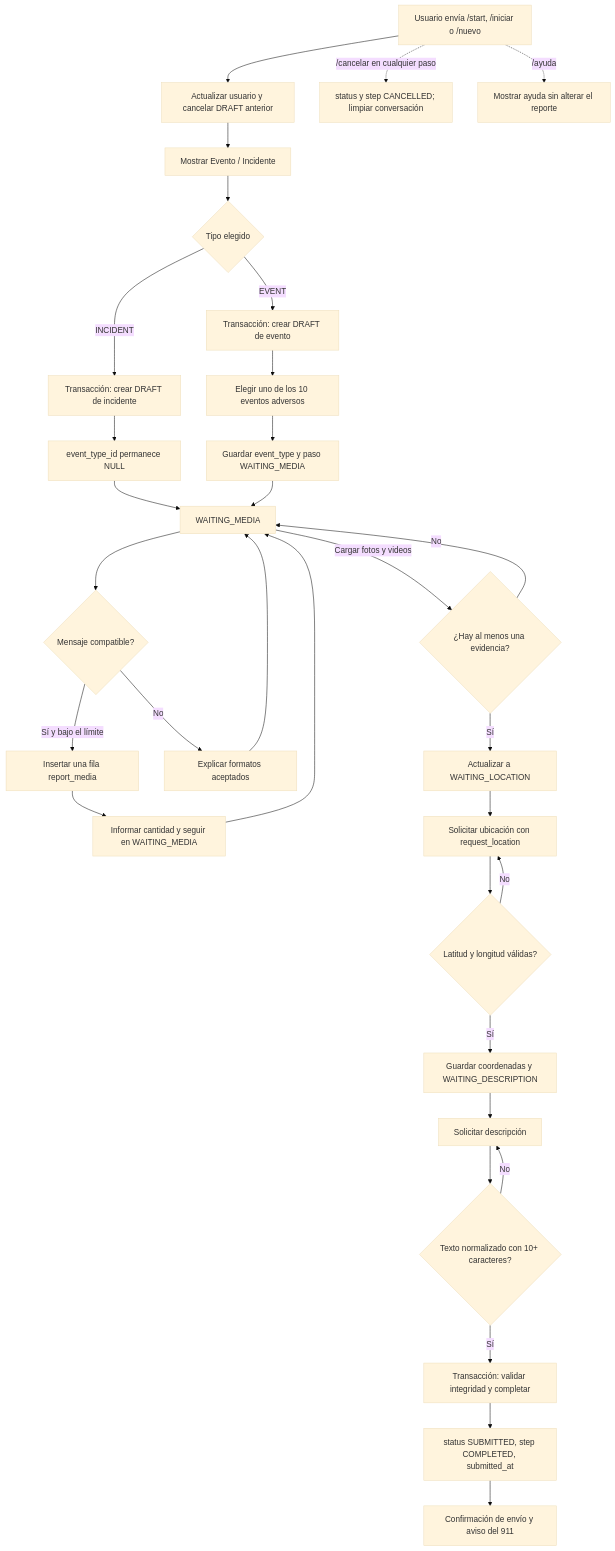
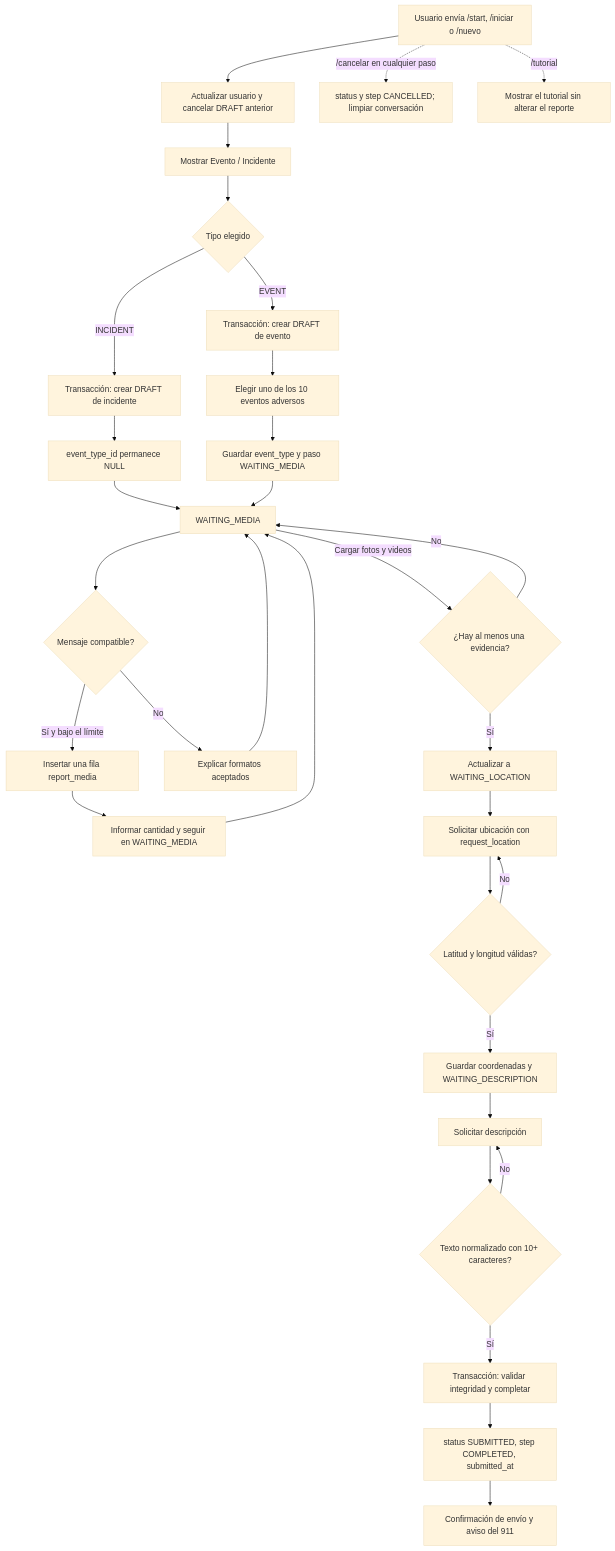
One commit to jhquihuiri7/galapagos_previene changed the first of 2 diagrams in README.md. Above: the diagram before and after it, drawn with Mermaid (base theme). The commit also changed other lines of this file and 337 other files, not shown here.

````diff
--- a/README.md
+++ b/README.md
@@ -91,34 +91,34 @@
 ```mermaid
 flowchart TD
     A[Usuario envía /start, /iniciar o /nuevo] --> A1[Actualizar usuario y cancelar DRAFT anterior]
     A1 --> B[Mostrar Evento / Incidente]
     B --> C{Tipo elegido}
     C -->|EVENT| D[Transacción: crear DRAFT de evento]
     C -->|INCIDENT| E[Transacción: crear DRAFT de incidente]
     D --> F[Elegir uno de los 10 eventos adversos]
     F --> G[Guardar event_type y paso WAITING_MEDIA]
     E --> H[event_type_id permanece NULL]
     H --> I[WAITING_MEDIA]
     G --> I
     I --> J{Mensaje compatible?}
     J -->|Sí y bajo el límite| K[Insertar una fila report_media]
     K --> L[Informar cantidad y seguir en WAITING_MEDIA]
     L --> I
     J -->|No| M[Explicar formatos aceptados]
     M --> I
     I -->|Cargar fotos y videos| N{¿Hay al menos una evidencia?}
     N -->|No| I
     N -->|Sí| O[Actualizar a WAITING_LOCATION]
     O --> P[Solicitar ubicación con request_location]
     P --> Q{Latitud y longitud válidas?}
     Q -->|No| P
     Q -->|Sí| R[Guardar coordenadas y WAITING_DESCRIPTION]
     R --> S[Solicitar descripción]
     S --> T{Texto normalizado con 10+ caracteres?}
     T -->|No| S
     T -->|Sí| U[Transacción: validar integridad y completar]
     U --> V[status SUBMITTED, step COMPLETED, submitted_at]
     V --> W[Confirmación de envío y aviso del 911]
     A -. /cancelar en cualquier paso .-> X[status y step CANCELLED; limpiar conversación]
-    A -. /ayuda .-> Y[Mostrar ayuda sin alterar el reporte]
+    A -. /tutorial .-> Y[Mostrar el tutorial sin alterar el reporte]
 ```
````
